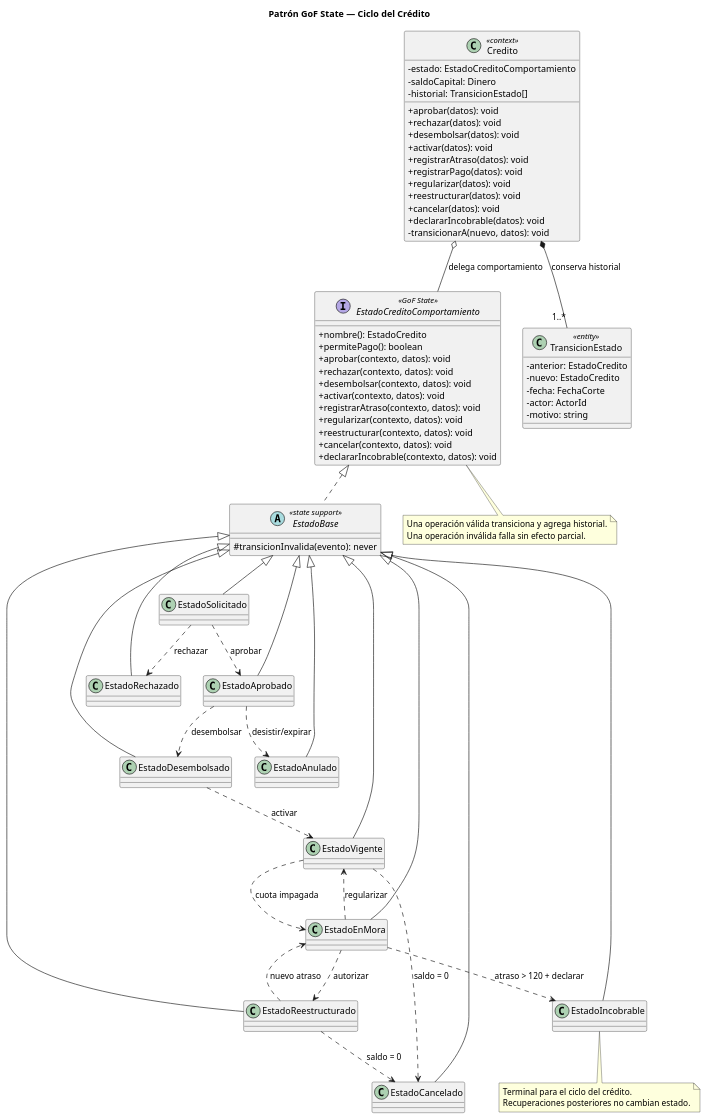
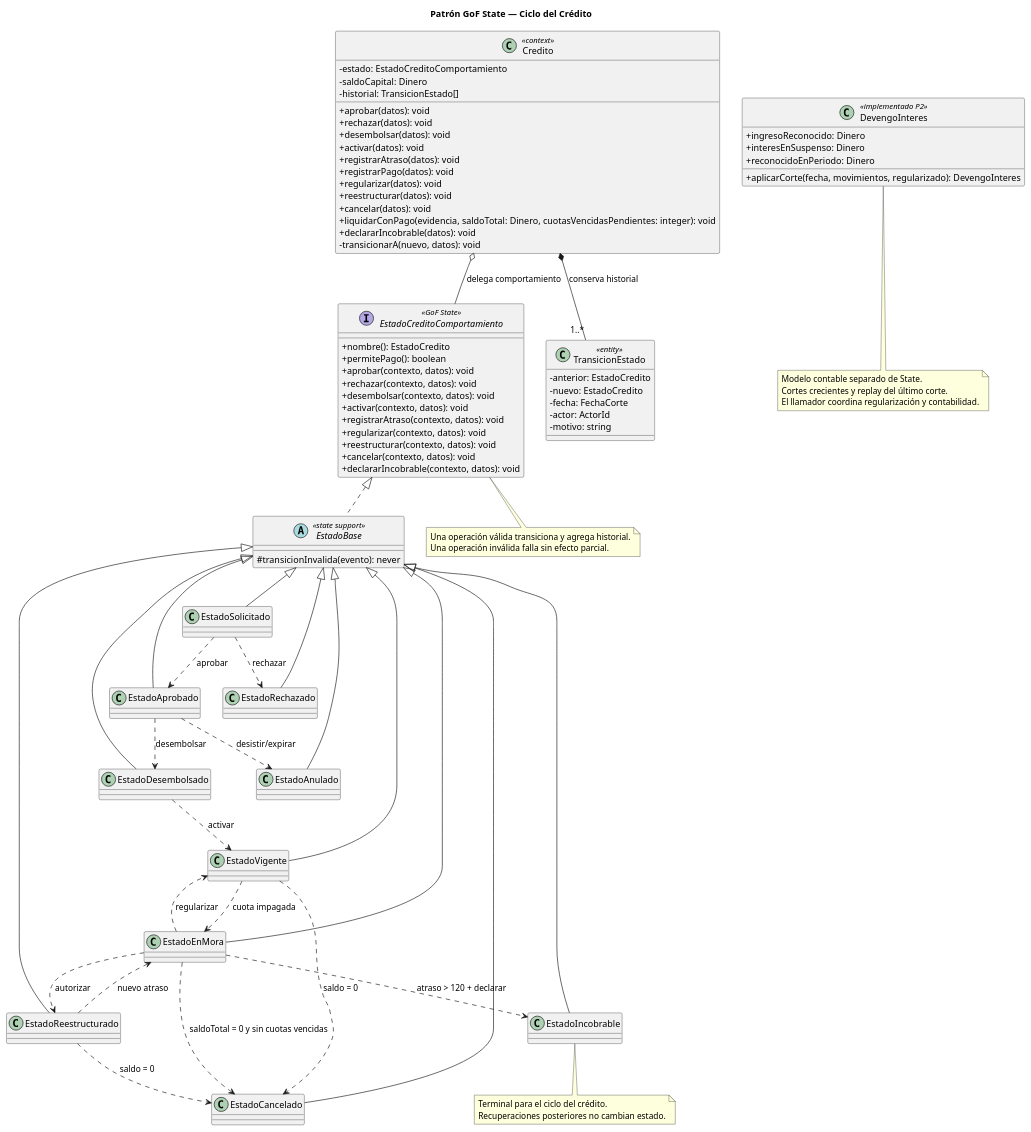
One commit to ItsRomero/Proyecto1_Analisis changed the diagram in docs/diagramas/patrones/02-state-credito.puml. Above: the diagram before and after it, drawn with PlantUML. The commit also changed 9 other files, not shown here.

```diff
--- a/docs/diagramas/patrones/02-state-credito.puml
+++ b/docs/diagramas/patrones/02-state-credito.puml
@@ -1,96 +1,110 @@
 @startuml 02-state-credito
 title Patrón GoF State — Ciclo del Crédito
 skinparam classAttributeIconSize 0
 skinparam shadowing false
 
 class Credito <<context>> {
   -estado: EstadoCreditoComportamiento
   -saldoCapital: Dinero
   -historial: TransicionEstado[]
   +aprobar(datos): void
   +rechazar(datos): void
   +desembolsar(datos): void
   +activar(datos): void
   +registrarAtraso(datos): void
   +registrarPago(datos): void
   +regularizar(datos): void
   +reestructurar(datos): void
   +cancelar(datos): void
+  +liquidarConPago(evidencia, saldoTotal: Dinero, cuotasVencidasPendientes: integer): void
   +declararIncobrable(datos): void
   -transicionarA(nuevo, datos): void
 }
 
 interface EstadoCreditoComportamiento <<GoF State>> {
   +nombre(): EstadoCredito
   +permitePago(): boolean
   +aprobar(contexto, datos): void
   +rechazar(contexto, datos): void
   +desembolsar(contexto, datos): void
   +activar(contexto, datos): void
   +registrarAtraso(contexto, datos): void
   +regularizar(contexto, datos): void
   +reestructurar(contexto, datos): void
   +cancelar(contexto, datos): void
   +declararIncobrable(contexto, datos): void
 }
 
 abstract class EstadoBase <<state support>> {
   #transicionInvalida(evento): never
 }
 
 class EstadoSolicitado
 class EstadoAprobado
 class EstadoRechazado
 class EstadoDesembolsado
 class EstadoVigente
 class EstadoEnMora
 class EstadoReestructurado
 class EstadoAnulado
 class EstadoCancelado
 class EstadoIncobrable
 
 class TransicionEstado <<entity>> {
   -anterior: EstadoCredito
   -nuevo: EstadoCredito
   -fecha: FechaCorte
   -actor: ActorId
   -motivo: string
 }
 
 Credito o-- EstadoCreditoComportamiento : delega comportamiento
 Credito *-- "1..*" TransicionEstado : conserva historial
 EstadoCreditoComportamiento <|.. EstadoBase
 EstadoBase <|-- EstadoSolicitado
 EstadoBase <|-- EstadoAprobado
 EstadoBase <|-- EstadoRechazado
 EstadoBase <|-- EstadoDesembolsado
 EstadoBase <|-- EstadoVigente
 EstadoBase <|-- EstadoEnMora
 EstadoBase <|-- EstadoReestructurado
 EstadoBase <|-- EstadoAnulado
 EstadoBase <|-- EstadoCancelado
 EstadoBase <|-- EstadoIncobrable
 
 EstadoSolicitado ..> EstadoAprobado : aprobar
 EstadoSolicitado ..> EstadoRechazado : rechazar
 EstadoAprobado ..> EstadoDesembolsado : desembolsar
 EstadoAprobado ..> EstadoAnulado : desistir/expirar
 EstadoDesembolsado ..> EstadoVigente : activar
 EstadoVigente ..> EstadoEnMora : cuota impagada
 EstadoVigente ..> EstadoCancelado : saldo = 0
 EstadoEnMora ..> EstadoVigente : regularizar
+EstadoEnMora ..> EstadoCancelado : saldoTotal = 0 y sin cuotas vencidas
 EstadoEnMora ..> EstadoReestructurado : autorizar
 EstadoEnMora ..> EstadoIncobrable : atraso > 120 + declarar
 EstadoReestructurado ..> EstadoEnMora : nuevo atraso
 EstadoReestructurado ..> EstadoCancelado : saldo = 0
 
 note bottom of EstadoCreditoComportamiento
   Una operación válida transiciona y agrega historial.
   Una operación inválida falla sin efecto parcial.
 end note
 
 note bottom of EstadoIncobrable
   Terminal para el ciclo del crédito.
   Recuperaciones posteriores no cambian estado.
 end note
+
+class DevengoInteres <<implementado P2>> {
+  +ingresoReconocido: Dinero
+  +interesEnSuspenso: Dinero
+  +reconocidoEnPeriodo: Dinero
+  +aplicarCorte(fecha, movimientos, regularizado): DevengoInteres
+}
+note bottom of DevengoInteres
+  Modelo contable separado de State.
+  Cortes crecientes y replay del último corte.
+  El llamador coordina regularización y contabilidad.
+end note
 @enduml
```
